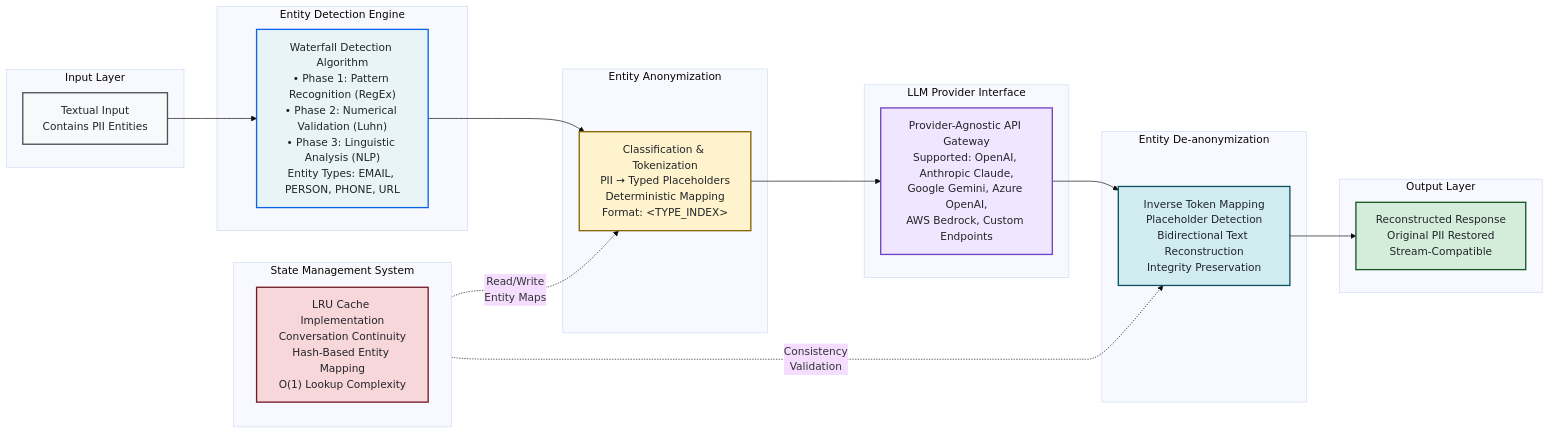
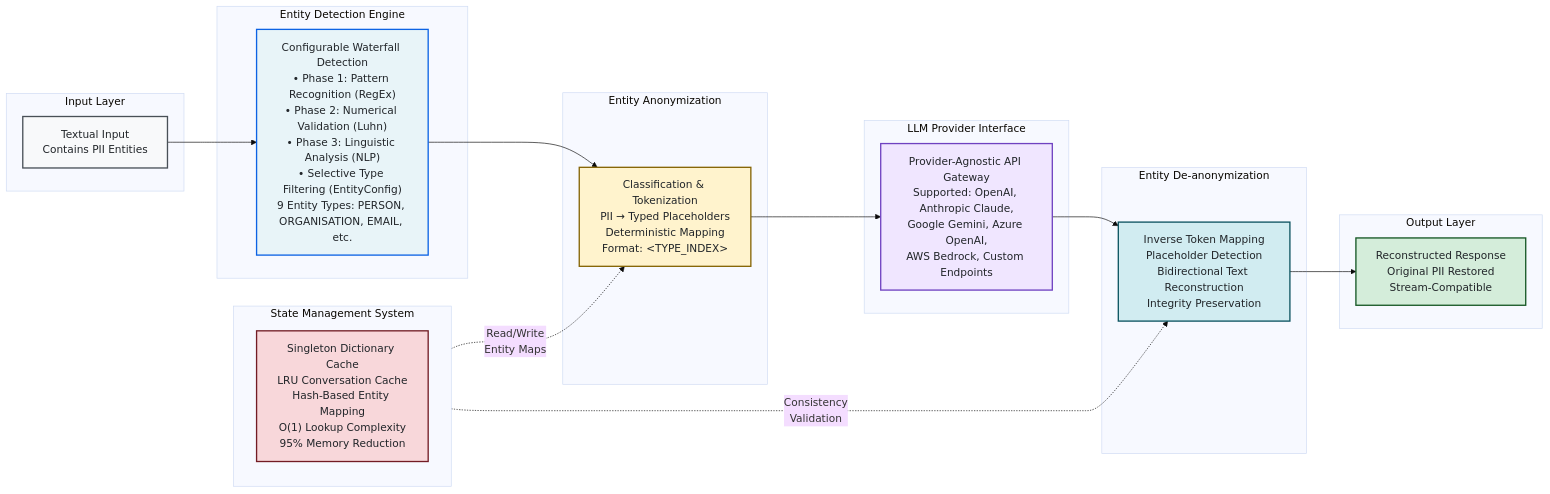
Before and after one commit to brainpolo/llmshield: the second of 4 diagrams in README.md, drawn with Mermaid (base theme). The commit also changed other lines of this file and 70 other files, not shown here.

````diff
--- a/README.md
+++ b/README.md
@@ -53,58 +65,58 @@
 ```mermaid
 graph LR
     subgraph Input ["Input Layer"]
         A["Textual Input<br/>Contains PII Entities"]
     end
 
     subgraph Detection ["Entity Detection Engine"]
-        B["Waterfall Detection Algorithm<br/>• Phase 1: Pattern Recognition (RegEx)<br/>• Phase 2: Numerical Validation (Luhn)<br/>• Phase 3: Linguistic Analysis (NLP)<br/>Entity Types: EMAIL, PERSON, PHONE, URL"]
+        B["Configurable Waterfall Detection<br/>• Phase 1: Pattern Recognition (RegEx)<br/>• Phase 2: Numerical Validation (Luhn)<br/>• Phase 3: Linguistic Analysis (NLP)<br/>• Selective Type Filtering (EntityConfig)<br/>9 Entity Types: PERSON, ORGANISATION, EMAIL, etc."]
     end
 
     subgraph Cloaking ["Entity Anonymization"]
         C["Classification & Tokenization<br/>PII → Typed Placeholders<br/>Deterministic Mapping<br/>Format: &lt;TYPE_INDEX&gt;"]
     end
 
     subgraph Provider ["LLM Provider Interface"]
         D["Provider-Agnostic API Gateway<br/>Supported: OpenAI, Anthropic Claude,<br/>Google Gemini, Azure OpenAI,<br/>AWS Bedrock, Custom Endpoints"]
     end
 
     subgraph Restoration ["Entity De-anonymization"]
         E["Inverse Token Mapping<br/>Placeholder Detection<br/>Bidirectional Text Reconstruction<br/>Integrity Preservation"]
     end
 
     subgraph Output ["Output Layer"]
         F["Reconstructed Response<br/>Original PII Restored<br/>Stream-Compatible"]
     end
 
     subgraph Memory ["State Management System"]
-        G["LRU Cache Implementation<br/>Conversation Continuity<br/>Hash-Based Entity Mapping<br/>O(1) Lookup Complexity"]
+        G["Singleton Dictionary Cache<br/>LRU Conversation Cache<br/>Hash-Based Entity Mapping<br/>O(1) Lookup Complexity<br/>95% Memory Reduction"]
     end
 
     %% Primary data flow
     A --> B
     B --> C
     C --> D
     D --> E
     E --> F
 
     %% State management interactions
     Memory -.->|"Read/Write<br/>Entity Maps"| C
     Memory -.->|"Consistency<br/>Validation"| E
 
     %% Styling
     classDef inputStyle fill:#f8f9fa,stroke:#495057,stroke-width:2px,color:#212529
     classDef detectionStyle fill:#e8f4f8,stroke:#0c63e4,stroke-width:2px,color:#212529
     classDef cloakingStyle fill:#fff3cd,stroke:#856404,stroke-width:2px,color:#212529
     classDef providerStyle fill:#f0e6ff,stroke:#6f42c1,stroke-width:2px,color:#212529
     classDef restorationStyle fill:#d1ecf1,stroke:#0c5460,stroke-width:2px,color:#212529
     classDef outputStyle fill:#d4edda,stroke:#155724,stroke-width:2px,color:#212529
     classDef memoryStyle fill:#f8d7da,stroke:#721c24,stroke-width:2px,color:#212529
 
     class A inputStyle
     class B detectionStyle
     class C cloakingStyle
     class D providerStyle
     class E restorationStyle
     class F outputStyle
     class G memoryStyle
 ```
````
